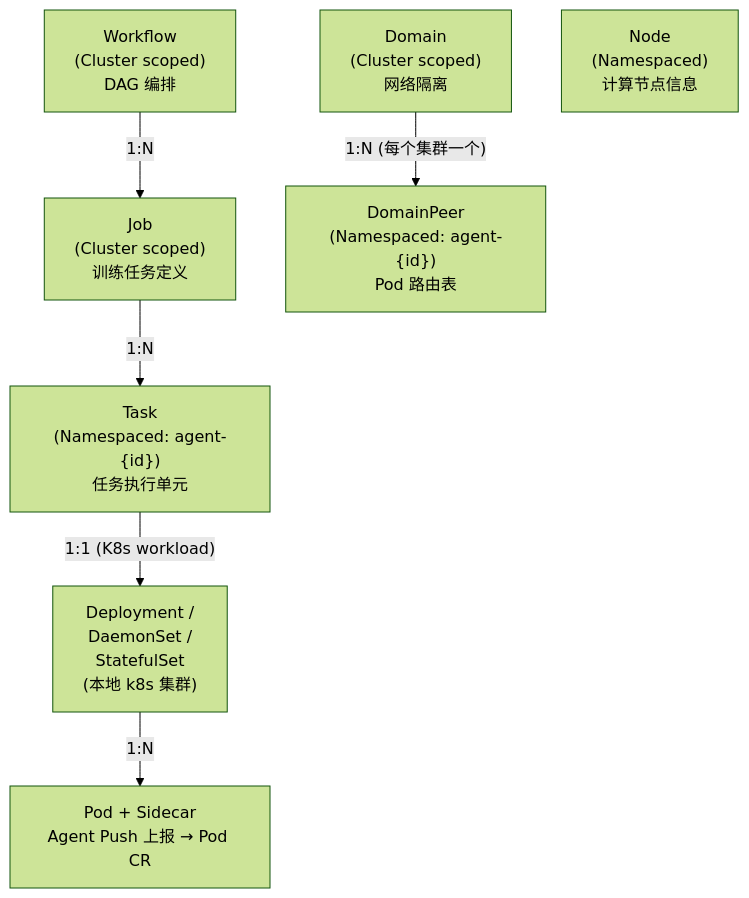
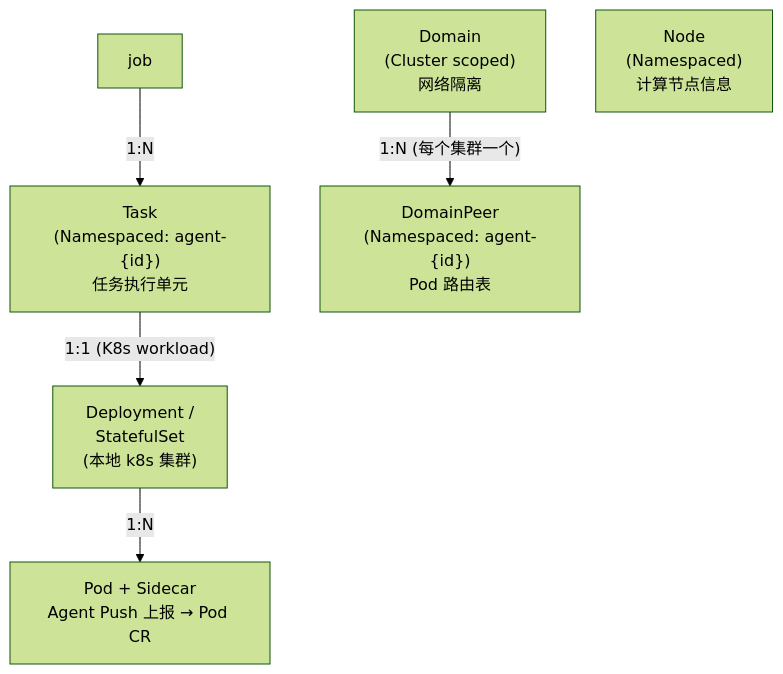
The second of 2 diagrams in apps/rlark/docs/zh/concepts.md (lkygithub/rlark-ci-test), drawn with Mermaid (forest theme) before and after one commit. The commit also changed other lines of this file and 827 other files, not shown here.

````diff
--- a/apps/rlark/docs/zh/concepts.md
+++ b/apps/rlark/docs/zh/concepts.md
@@ -411,9 +407,8 @@
 ```mermaid
 graph TD
-    wf["Workflow<br/>(Cluster scoped)<br/>DAG 编排"] -->|"1:N"| job["Job<br/>(Cluster scoped)<br/>训练任务定义"]
     job -->|"1:N"| task["Task<br/>(Namespaced: agent-{id})<br/>任务执行单元"]
-    task -->|"1:1 (K8s workload)"| workload["Deployment /<br/>DaemonSet /<br/>StatefulSet<br/>(本地 k8s 集群)"]
+    task -->|"1:1 (K8s workload)"| workload["Deployment /<br/>StatefulSet<br/>(本地 k8s 集群)"]
     workload -->|"1:N"| pod["Pod + Sidecar<br/>Agent Push 上报 → Pod CR"]
     domain["Domain<br/>(Cluster scoped)<br/>网络隔离"] -->|"1:N (每个集群一个)"| dp["DomainPeer<br/>(Namespaced: agent-{id})<br/>Pod 路由表"]
     node["Node<br/>(Namespaced)<br/>计算节点信息"]
 ```
````
